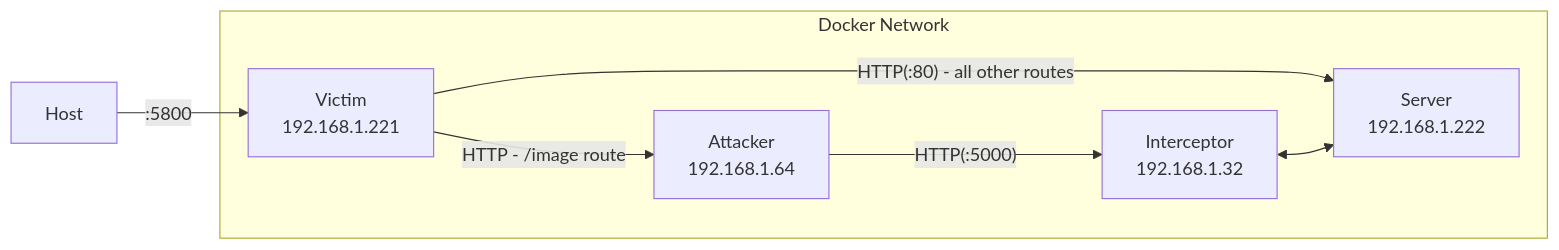
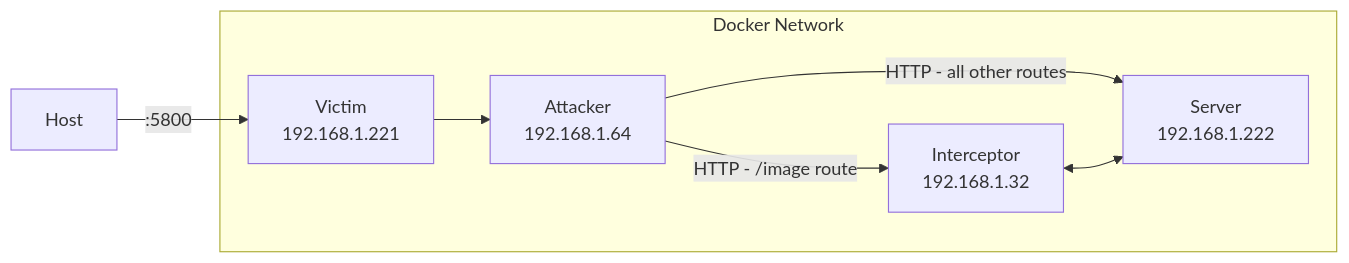
One commit to birdwainer/ModITM changed the second of 2 diagrams in README.md. Above: the diagram before and after it, drawn with Mermaid.

Commit message:
cleaner attack diagram

````diff
--- a/README.md
+++ b/README.md
@@ -29,25 +29,24 @@
 ```mermaid
 flowchart LR
 
 h[Host] -->|":5800"| v["`Victim
 
 192.168.1.221`"]
 
 subgraph "Docker Network"
 
-v -->|"HTTP(:80) - all other routes"| s["`Server
+v --> a
+a -->|"HTTP - all other routes"| s["`Server
 
 192.168.1.222`"]
 
 a["`Attacker
 
-192.168.1.64`"] -->|"HTTP(:5000)"| i["`Interceptor
+192.168.1.64`"] -->|"HTTP - /image route"| i["`Interceptor
 
 192.168.1.32`"]
-
-v -->|HTTP - /image route| a
 
 i <--> s
 
 end
 ```
````
